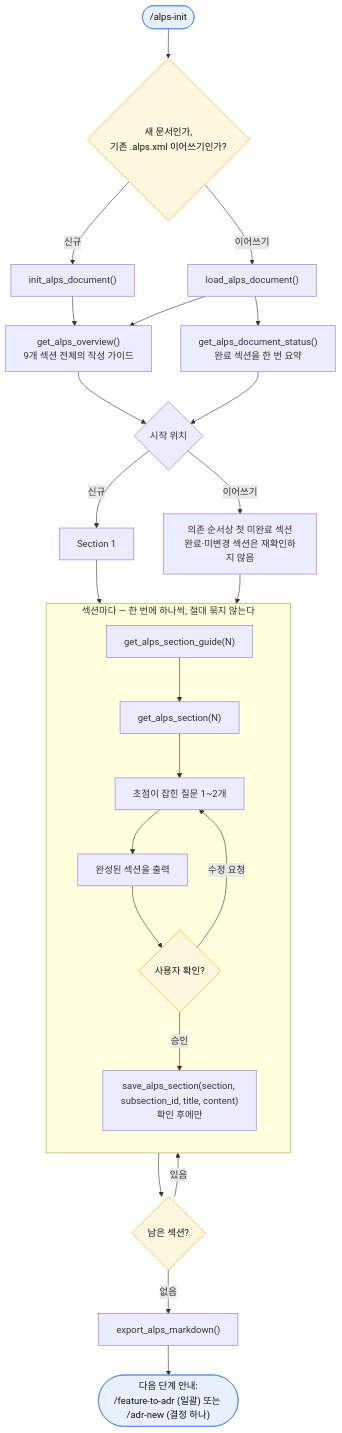
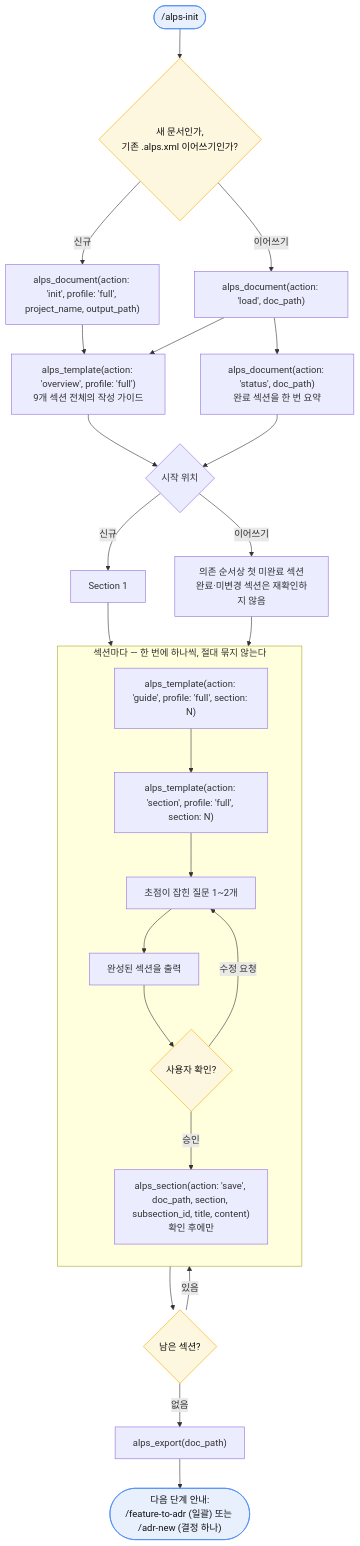
Before and after one commit to haandol/alps-writer-plugins: the second of 8 diagrams in docs/adr-process.md, drawn with Mermaid. The commit also changed other lines of this file and 78 other files, not shown here.

````diff
--- a/docs/adr-process.md
+++ b/docs/adr-process.md
@@ -122,35 +122,35 @@
 ```mermaid
 flowchart TD
     Start(["/alps-init"]) --> Q{"새 문서인가,<br/>기존 .alps.xml 이어쓰기인가?"}
-    Q -->|신규| I["init_alps_document()"]
-    Q -->|이어쓰기| L["load_alps_document()"]
-    I --> Ov["get_alps_overview()<br/>9개 섹션 전체의 작성 가이드"]
+    Q -->|신규| I["alps_document(action: 'init', profile: 'full', project_name, output_path)"]
+    Q -->|이어쓰기| L["alps_document(action: 'load', doc_path)"]
+    I --> Ov["alps_template(action: 'overview', profile: 'full')<br/>9개 섹션 전체의 작성 가이드"]
     L --> Ov
-    L --> Status["get_alps_document_status()<br/>완료 섹션을 한 번 요약"]
+    L --> Status["alps_document(action: 'status', doc_path)<br/>완료 섹션을 한 번 요약"]
     Ov --> StartAt{"시작 위치"}
     Status --> StartAt
     StartAt -->|"신규"| First["Section 1"]
     StartAt -->|"이어쓰기"| Resume["의존 순서상 첫 미완료 섹션<br/>완료·미변경 섹션은 재확인하지 않음"]
     First --> Loop
     Resume --> Loop
 
     subgraph Loop["섹션마다 — 한 번에 하나씩, 절대 묶지 않는다"]
         direction TB
-        G["get_alps_section_guide(N)"] --> T["get_alps_section(N)"]
+        G["alps_template(action: 'guide', profile: 'full', section: N)"] --> T["alps_template(action: 'section', profile: 'full', section: N)"]
         T --> Ask["초점이 잡힌 질문 1~2개"]
         Ask --> Show["완성된 섹션을 출력"]
         Show --> C{"사용자 확인?"}
         C -->|수정 요청| Ask
-        C -->|승인| Save["save_alps_section(section, subsection_id, title, content)<br/>확인 후에만"]
+        C -->|승인| Save["alps_section(action: 'save', doc_path, section, subsection_id, title, content)<br/>확인 후에만"]
     end
 
     Loop --> More{"남은 섹션?"}
     More -->|있음| Loop
-    More -->|없음| Export["export_alps_markdown()"]
+    More -->|없음| Export["alps_export(doc_path)"]
     Export --> Next(["다음 단계 안내:<br/>/feature-to-adr (일괄) 또는 /adr-new (결정 하나)"])
 
     classDef cmd fill:#e8f0fe,stroke:#4285f4,color:#111;
     classDef gate fill:#fef7e0,stroke:#f9ab00,color:#111;
     class Start,Next cmd;
     class C,Q,More gate;
 ```
````
